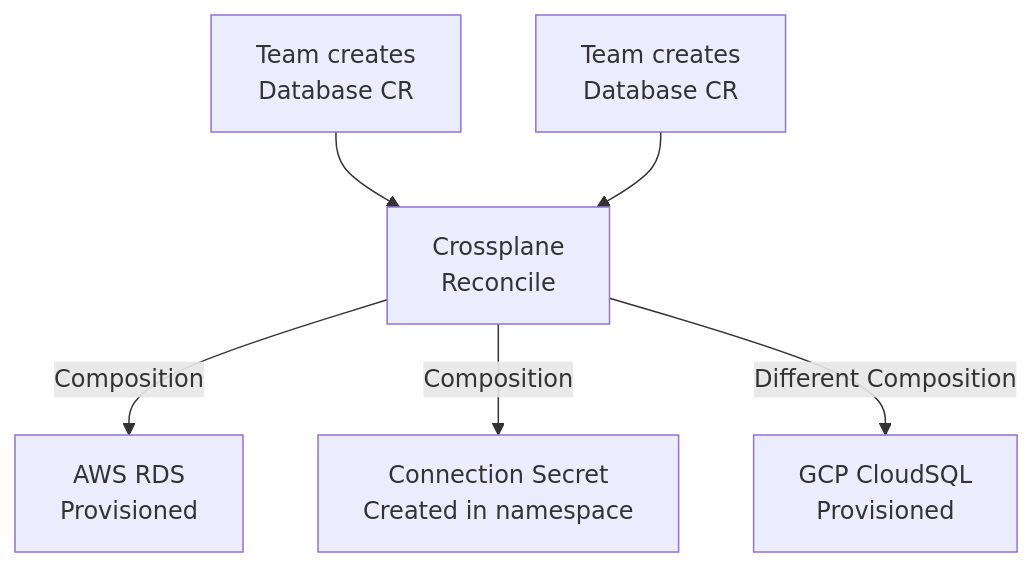
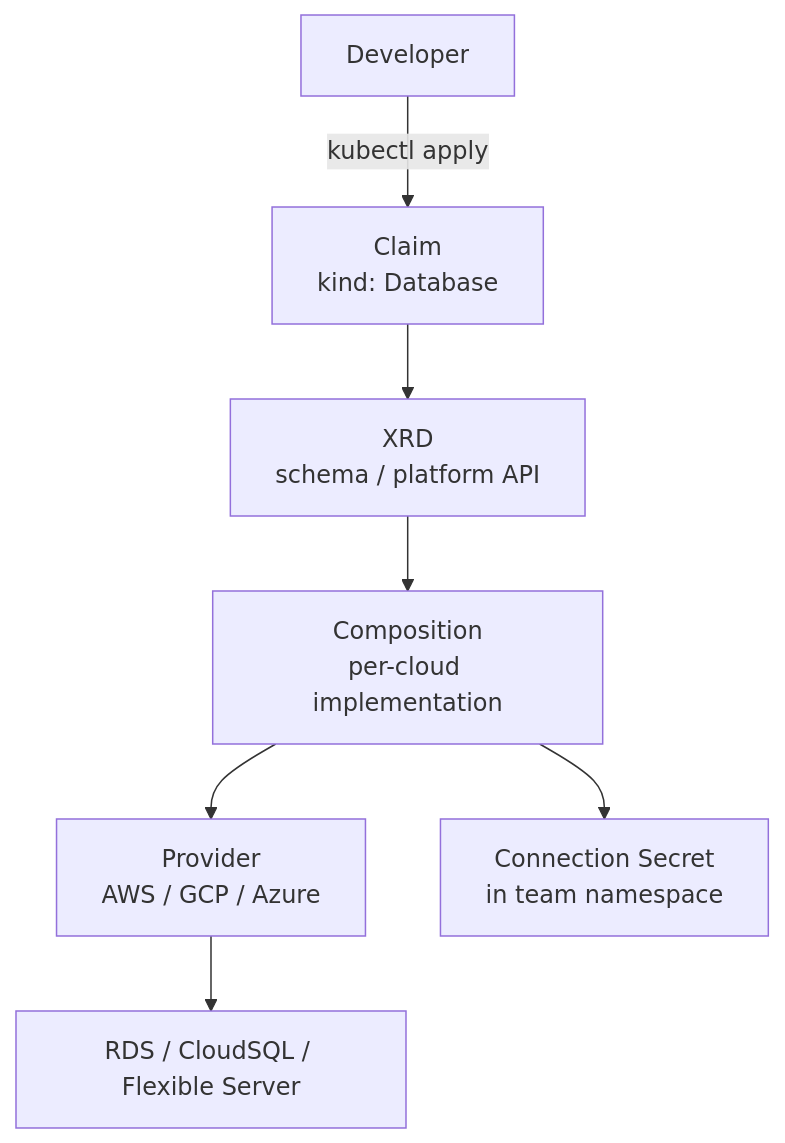
One commit to greg4fun/kubernetesrecipes.github.io changed the diagram in src/content/recipes/kubernetes-crossplane-infrastructure.md. Above: the diagram before and after it, drawn with Mermaid. The commit also changed other lines of this file and 537 other files, not shown here.

````diff
--- a/src/content/recipes/kubernetes-crossplane-infrastructure.md
+++ b/src/content/recipes/kubernetes-crossplane-infrastructure.md
@@ -115,9 +39,9 @@
 ```mermaid
-graph TD
-    TEAM[Team creates<br/>Database CR] --> XP[Crossplane<br/>Reconcile]
-    XP -->|Composition| AWS[AWS RDS<br/>Provisioned]
-    XP -->|Composition| SECRET[Connection Secret<br/>Created in namespace]
-    
-    TEAM2[Team creates<br/>Database CR] --> XP
-    XP -->|Different Composition| GCP[GCP CloudSQL<br/>Provisioned]
+flowchart TB
+    DEV["Developer"] -->|"kubectl apply"| CLAIM["Claim<br/>kind: Database"]
+    CLAIM --> XRD["XRD<br/>schema / platform API"]
+    XRD --> COMP["Composition<br/>per-cloud implementation"]
+    COMP --> PROVIDER["Provider<br/>AWS / GCP / Azure"]
+    PROVIDER --> RDS["RDS / CloudSQL / Flexible Server"]
+    COMP --> SECRET["Connection Secret<br/>in team namespace"]
 ```
````
